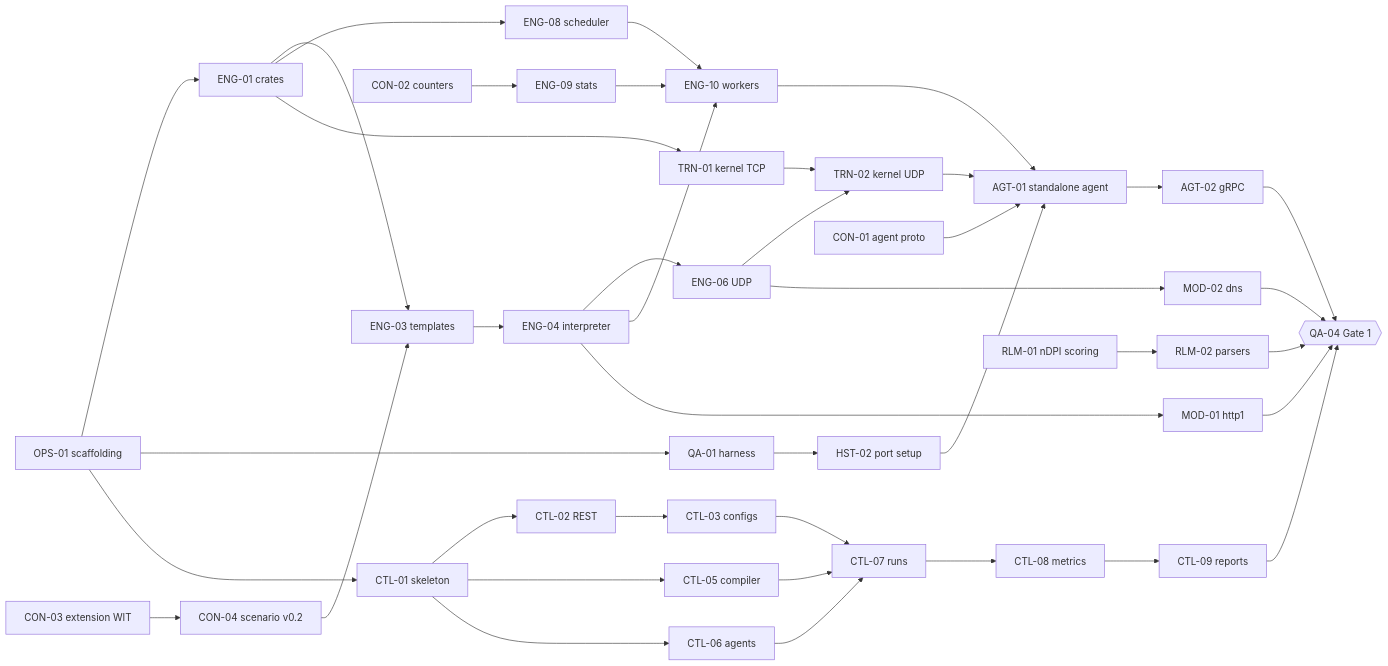
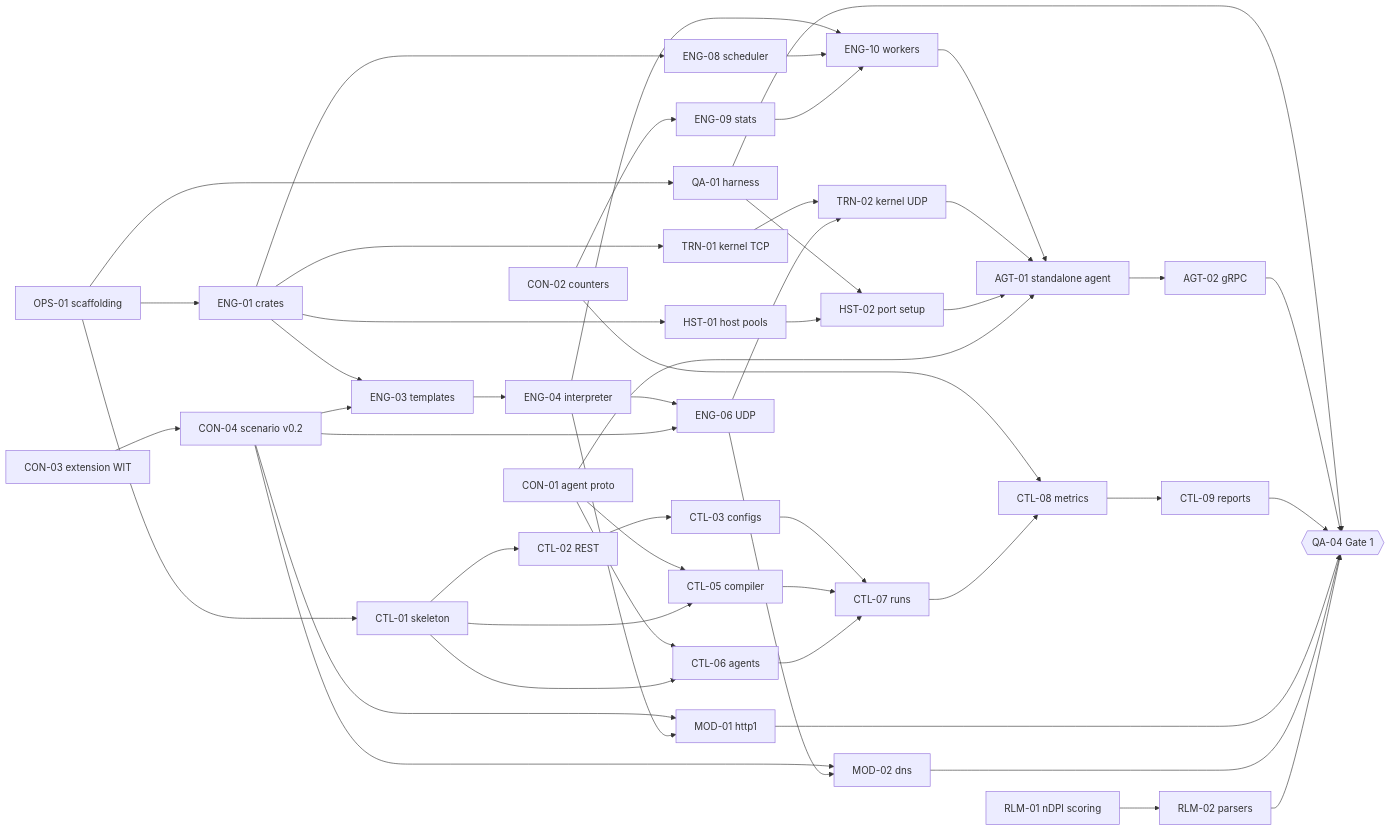
One commit to alrawi/FixingPointSystem changed the diagram in docs/wiki/Implementation-Plan.md. Above: the diagram before and after it, drawn with Mermaid. The commit also changed other lines of this file and 9 other files, not shown here.

````diff
--- a/docs/wiki/Implementation-Plan.md
+++ b/docs/wiki/Implementation-Plan.md
@@ -95,33 +95,41 @@
 ```mermaid
 flowchart LR
   OPS01[OPS-01 scaffolding] --> ENG01[ENG-01 crates]
   CON03[CON-03 extension WIT] --> CON04[CON-04 scenario v0.2]
   ENG01 --> ENG03[ENG-03 templates]
   CON04 --> ENG03
   ENG03 --> ENG04[ENG-04 interpreter]
   ENG04 --> ENG06[ENG-06 UDP]
   ENG04 --> ENG10[ENG-10 workers]
   ENG01 --> ENG08[ENG-08 scheduler] --> ENG10
   CON02[CON-02 counters] --> ENG09[ENG-09 stats] --> ENG10
   ENG01 --> TRN01[TRN-01 kernel TCP] --> TRN02[TRN-02 kernel UDP]
   ENG06 --> TRN02
   OPS01 --> QA01[QA-01 harness] --> HST02[HST-02 port setup]
+  ENG01 --> HST01[HST-01 host pools] --> HST02
+  CON04 --> ENG06
+  CON04 --> MOD01
+  CON04 --> MOD02
+  CON01 --> CTL05
+  CON01 --> CTL06
+  CON02 --> CTL08
+  QA01 --> QA04
   ENG10 --> AGT01[AGT-01 standalone agent]
   TRN02 --> AGT01
   HST02 --> AGT01
   CON01[CON-01 agent proto] --> AGT01 --> AGT02[AGT-02 gRPC]
   OPS01 --> CTL01[CTL-01 skeleton] --> CTL02[CTL-02 REST] --> CTL03[CTL-03 configs]
   CTL01 --> CTL05[CTL-05 compiler]
   CTL01 --> CTL06[CTL-06 agents]
   CTL03 --> CTL07[CTL-07 runs]
   CTL05 --> CTL07
   CTL06 --> CTL07 --> CTL08[CTL-08 metrics] --> CTL09[CTL-09 reports]
   ENG04 --> MOD01[MOD-01 http1]
   ENG06 --> MOD02[MOD-02 dns]
   RLM01[RLM-01 nDPI scoring] --> RLM02[RLM-02 parsers]
   AGT02 --> QA04{{QA-04 Gate 1}}
   CTL09 --> QA04
   MOD01 --> QA04
   MOD02 --> QA04
   RLM02 --> QA04
 ```
````
